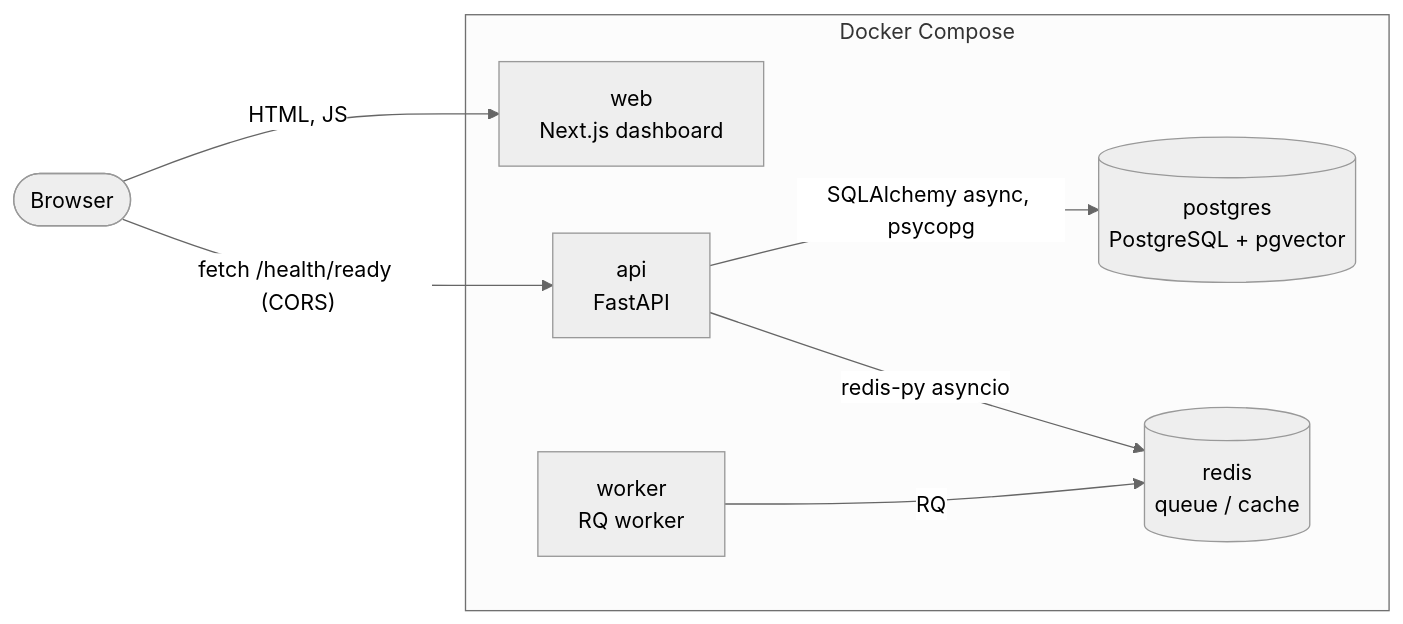
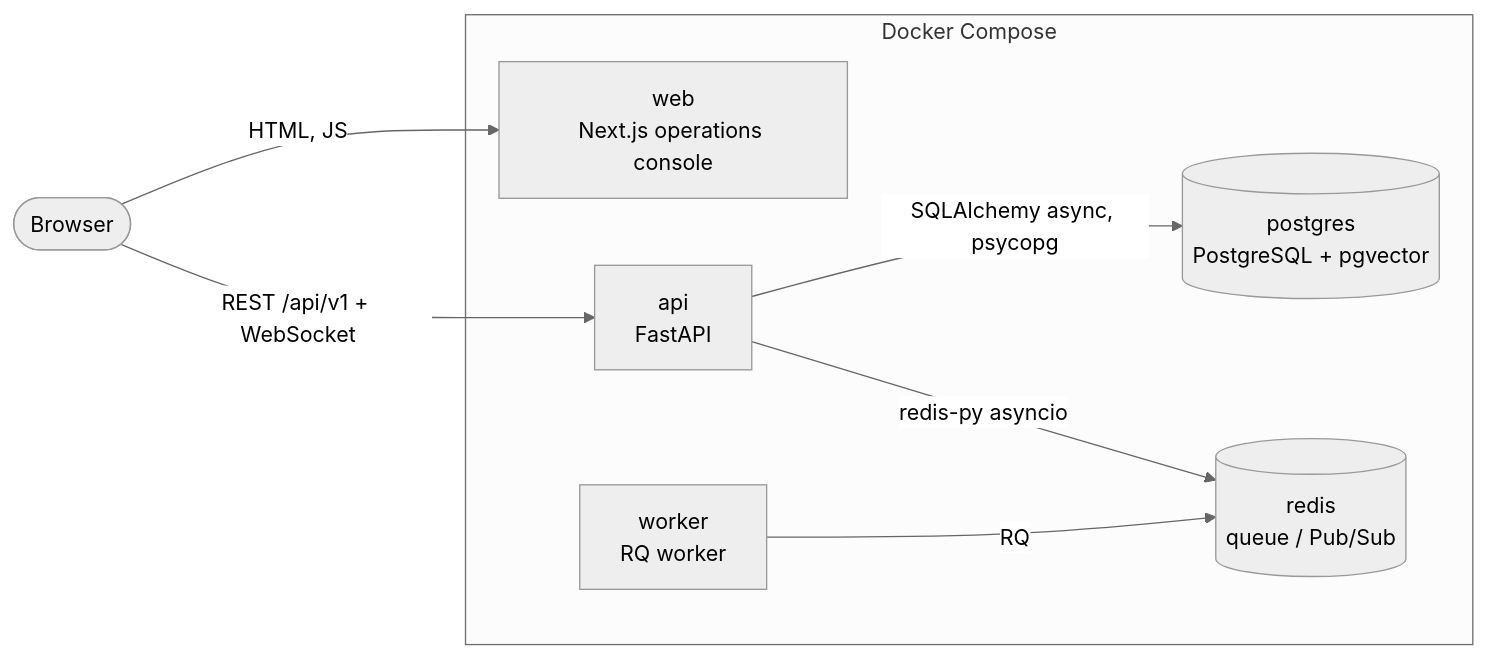
The first of 2 diagrams in docs/architecture.md (sachin-11/opspilot-ai), drawn with Mermaid (neutral theme) before and after one commit. The commit also changed other lines of this file and 36 other files, not shown here.

````diff
--- a/docs/architecture.md
+++ b/docs/architecture.md
@@ -5,16 +5,16 @@
 ```mermaid
 flowchart LR
     user([Browser])
     subgraph compose[Docker Compose]
-        web["web<br/>Next.js dashboard"]
+        web["web<br/>Next.js operations console"]
         api["api<br/>FastAPI"]
         worker["worker<br/>RQ worker"]
         pg[("postgres<br/>PostgreSQL + pgvector")]
-        redis[("redis<br/>queue / cache")]
+        redis[("redis<br/>queue / Pub/Sub")]
     end
     user -->|HTML, JS| web
-    user -->|"fetch /health/ready (CORS)"| api
+    user -->|"REST /api/v1 + WebSocket"| api
     api -->|SQLAlchemy async, psycopg| pg
     api -->|redis-py asyncio| redis
     worker -->|RQ| redis
 ```
````
